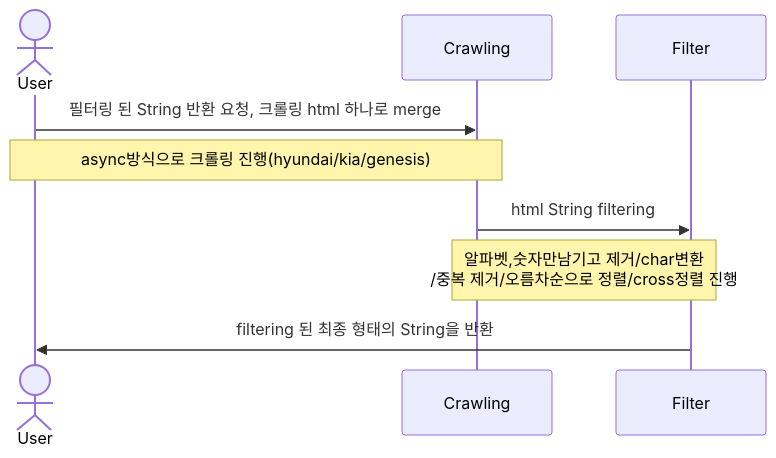
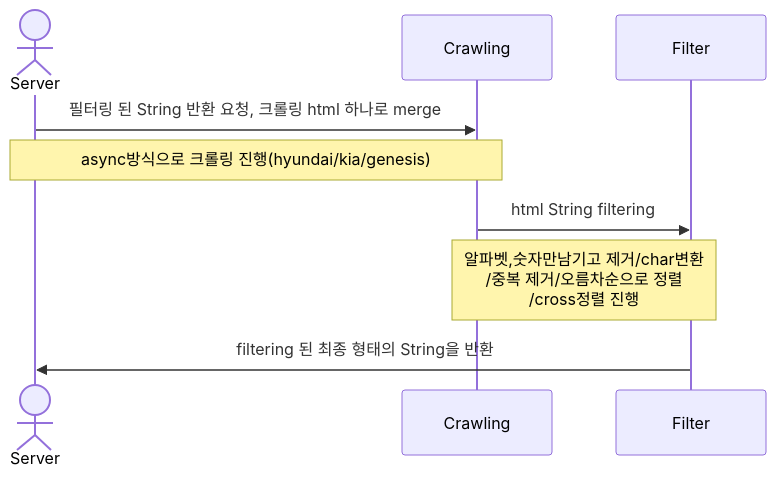
The diagram in README.md (chaechaeyi/crawling-program), drawn with Mermaid before and after one commit.

````diff
--- a/README.md
+++ b/README.md
@@ -12,11 +12,11 @@
 ```mermaid
 sequenceDiagram
-    actor User
+    actor Server
     participant Crawling
     participant Filter
-    User->>Crawling: 필터링 된 String 반환 요청, 크롤링 html 하나로 merge
-    Note over User, Crawling: async방식으로 크롤링 진행(hyundai/kia/genesis)  
+    Server->>Crawling: 필터링 된 String 반환 요청, 크롤링 html 하나로 merge
+    Note over Server, Crawling: async방식으로 크롤링 진행(hyundai/kia/genesis)  
     Crawling->>Filter: html String filtering
-    Note over Crawling, Filter: 알파벳,숫자만남기고 제거/char변환<br/>/중복 제거/오름차순으로 정렬/cross정렬 진행
-    Filter->>User: filtering 된 최종 형태의 String을 반환
+    Note over Crawling, Filter: 알파벳,숫자만남기고 제거/char변환<br/>/중복 제거/오름차순으로 정렬<br/>/cross정렬 진행
+    Filter->>Server: filtering 된 최종 형태의 String을 반환
 ```
````
